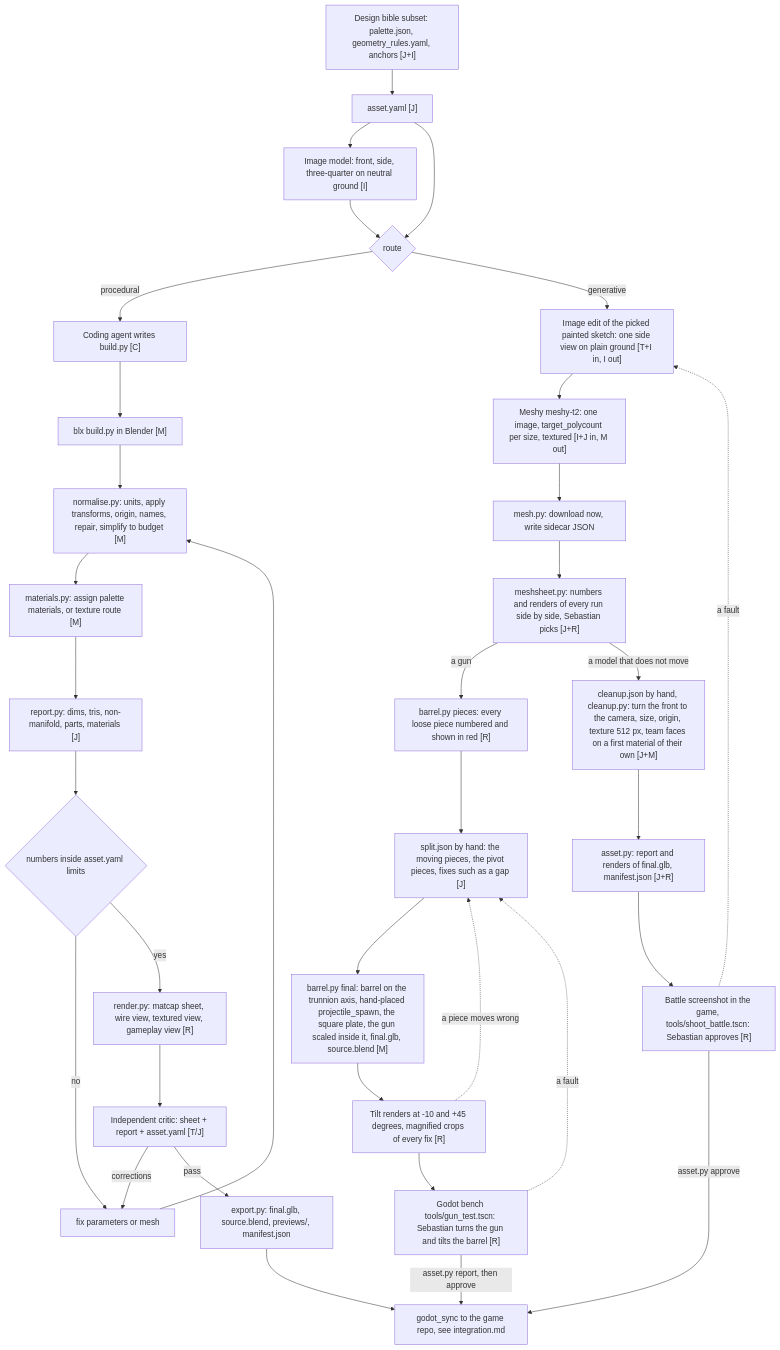
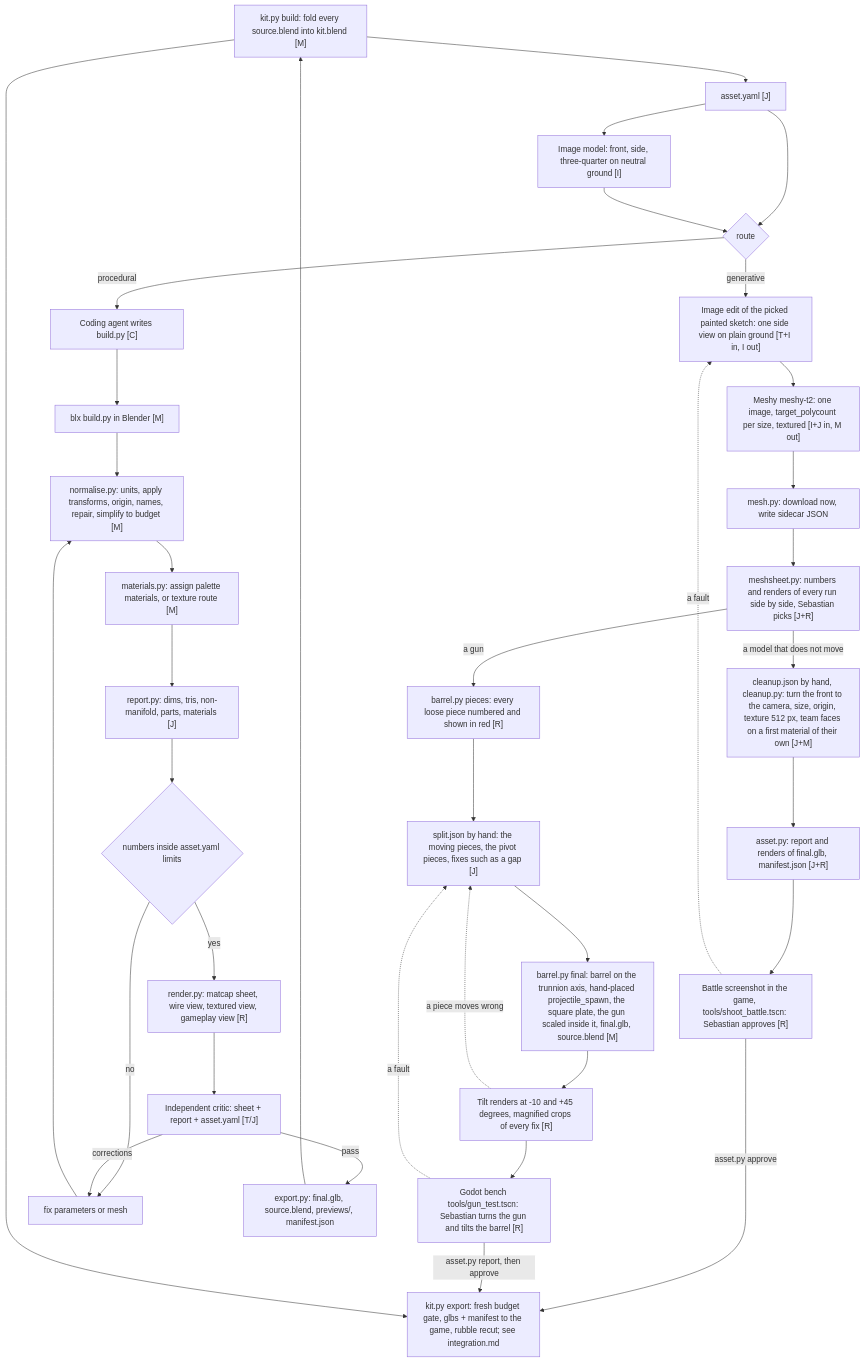
The diagram in art/docs/process/assets-3d.md (sebastianrueckerai/cannonade), drawn with Mermaid before and after one commit. The commit also changed other lines of this file and 589 other files, not shown here.

````diff
--- a/art/docs/process/assets-3d.md
+++ b/art/docs/process/assets-3d.md
@@ -5,37 +5,38 @@
 ```mermaid
 flowchart TB
     KIT["Design bible subset: palette.json, geometry_rules.yaml, anchors [J+I]"] --> AS
     AS["asset.yaml [J]"] --> REF["Image model: front, side, three-quarter on neutral ground [I]"]
     AS --> ROUTE{"route"}
     REF --> ROUTE
     ROUTE -->|procedural| CODE["Coding agent writes build.py [C]"]
     CODE --> RUN["blx build.py in Blender [M]"]
     ROUTE -->|generative| SIDE["Image edit of the picked painted sketch: one side view on plain ground [T+I in, I out]"]
     SIDE --> API["Meshy meshy-t2: one image, target_polycount per size, textured [I+J in, M out]"]
     API --> DL["mesh.py: download now, write sidecar JSON"]
     DL --> CMP["meshsheet.py: numbers and renders of every run side by side, Sebastian picks [J+R]"]
     CMP -->|a gun| PCS["barrel.py pieces: every loose piece numbered and shown in red [R]"]
     CMP -->|a model that does not move| CLN["cleanup.json by hand, cleanup.py: turn the front to the camera, size, origin, texture 512 px, team faces on a first material of their own [J+M]"]
     CLN --> GREP["asset.py: report and renders of final.glb, manifest.json [J+R]"]
     GREP --> SHOT["Battle screenshot in the game, tools/shoot_battle.tscn: Sebastian approves [R]"]
     SHOT -. a fault .-> SIDE
     SHOT -->|asset.py approve| SYNC
     PCS --> SPL["split.json by hand: the moving pieces, the pivot pieces, fixes such as a gap [J]"]
     SPL --> FIN["barrel.py final: barrel on the trunnion axis, hand-placed projectile_spawn, the square plate, the gun scaled inside it, final.glb, source.blend [M]"]
     FIN --> TILT["Tilt renders at -10 and +45 degrees, magnified crops of every fix [R]"]
     TILT -. a piece moves wrong .-> SPL
     TILT --> BENCH["Godot bench tools/gun_test.tscn: Sebastian turns the gun and tilts the barrel [R]"]
     BENCH -. a fault .-> SPL
     BENCH -->|asset.py report, then approve| SYNC
     RUN --> NORM
     NORM["normalise.py: units, apply transforms, origin, names, repair, simplify to budget [M]"]
     NORM --> MAT["materials.py: assign palette materials, or texture route [M]"]
     MAT --> REP["report.py: dims, tris, non-manifold, parts, materials [J]"]
     REP --> GATE{"numbers inside asset.yaml limits"}
     GATE -->|no| FIX["fix parameters or mesh"] --> NORM
     GATE -->|yes| REN["render.py: matcap sheet, wire view, textured view, gameplay view [R]"]
     REN --> CRIT["Independent critic: sheet + report + asset.yaml [T/J]"]
     CRIT -->|corrections| FIX
     CRIT -->|pass| OUT["export.py: final.glb, source.blend, previews/, manifest.json"]
-    OUT --> SYNC["godot_sync to the game repo, see integration.md"]
+    OUT --> KIT["kit.py build: fold every source.blend into kit.blend [M]"]
+    KIT --> SYNC["kit.py export: fresh budget gate, glbs + manifest to the game, rubble recut; see integration.md"]
 ```
````
